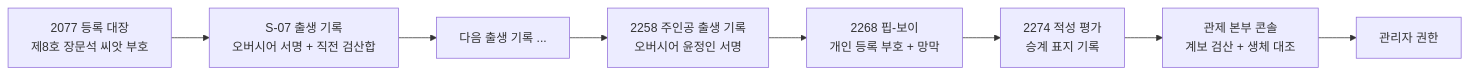
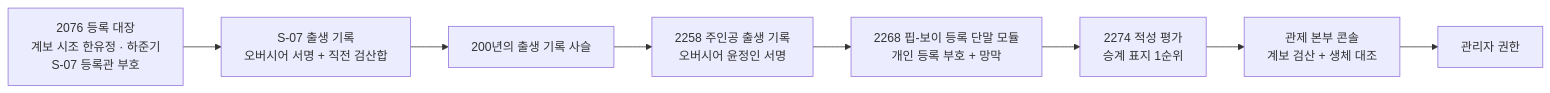
The third of 3 diagrams in docs/seoul-fallout/02_world-and-lore.md (forsurvive/003), drawn with Mermaid before and after one commit. The commit also changed other lines of this file and 10 other files, not shown here.

````diff
--- a/docs/seoul-fallout/02_world-and-lore.md
+++ b/docs/seoul-fallout/02_world-and-lore.md
@@ -661,10 +687,10 @@
 ```mermaid
 flowchart LR
-  A["2077 등록 대장<br/>제8호 장문석 씨앗 부호"] --> B["S-07 출생 기록<br/>오버시어 서명 + 직전 검산합"]
-  B --> C["다음 출생 기록 ..."]
+  A["2076 등록 대장<br/>계보 시조 한유정 · 하준기<br/>S-07 등록관 부호"] --> B["S-07 출생 기록<br/>오버시어 서명 + 직전 검산합"]
+  B --> C["200년의 출생 기록 사슬"]
   C --> D["2258 주인공 출생 기록<br/>오버시어 윤정인 서명"]
-  D --> E["2268 핍-보이<br/>개인 등록 부호 + 망막"]
-  E --> F["2274 적성 평가<br/>승계 표지 기록"]
+  D --> E["2268 핍-보이 등록 단말 모듈<br/>개인 등록 부호 + 망막"]
+  E --> F["2274 적성 평가<br/>승계 표지 1순위"]
   F --> G["관제 본부 콘솔<br/>계보 검산 + 생체 대조"]
   G --> H["관리자 권한"]
 ```
````
